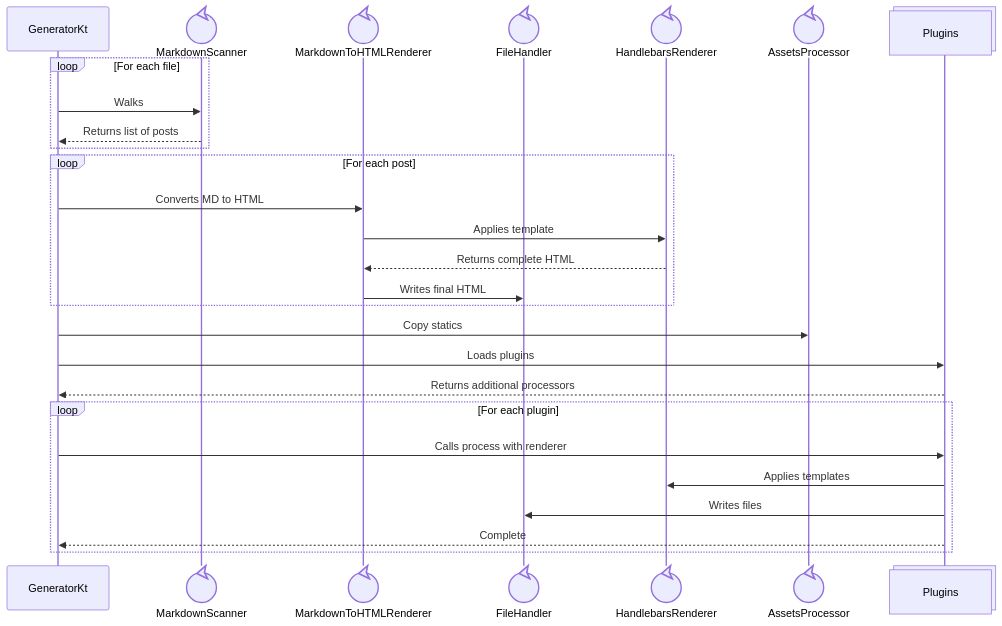
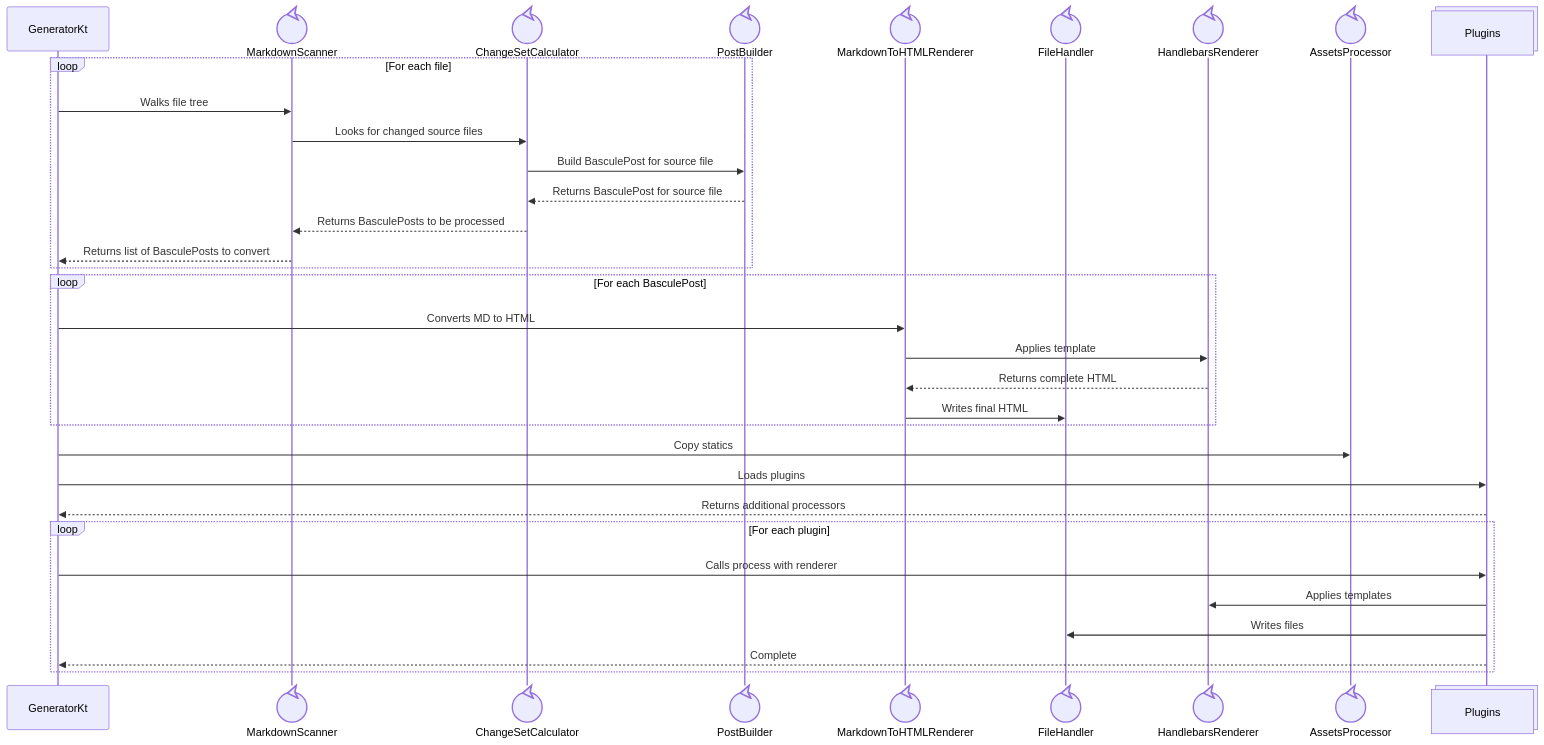
The diagram in GeneratorSequence.mmd (v79/bascule-static), drawn with Mermaid before and after one commit. The commit also changed 6 other files, not shown here.

Commit message:
Unconditionally write the raw Markdown file to the output directory, without the YAML and prepending the title. This needs to be gated with a flag. Add sequence diagram.

```diff
--- a/GeneratorSequence.mmd
+++ b/GeneratorSequence.mmd
@@ -1,27 +1,33 @@
 sequenceDiagram
     participant GeneratorKt
     participant MarkdownScanner@{ "type": "control" }
+    participant ChangeSetCalculator@{ "type": "control"}
+    participant PostBuilder@{ "type": "control" }
     participant MarkdownToHTMLRenderer@{ "type": "control" }
     participant FileHandler@{ "type": "control" }
     participant HandlebarsRenderer@{ "type": "control" }
     participant AssetsProcessor@{ "type": "control" }
     participant Plugins@{"type": "collections"}
     Loop For each file
-        GeneratorKt->>MarkdownScanner: Walks
-        MarkdownScanner-->>GeneratorKt: Returns list of posts
+        GeneratorKt->>MarkdownScanner: Walks file tree
+        MarkdownScanner->>ChangeSetCalculator: Looks for changed source files
+        ChangeSetCalculator->>PostBuilder: Build BasculePost for source file
+        PostBuilder-->>ChangeSetCalculator: Returns BasculePost for source file
+        ChangeSetCalculator-->>MarkdownScanner: Returns BasculePosts to be processed
+        MarkdownScanner-->>GeneratorKt: Returns list of BasculePosts to convert
     end
-    Loop For each post
+    Loop For each BasculePost
         GeneratorKt->>MarkdownToHTMLRenderer: Converts MD to HTML
         MarkdownToHTMLRenderer->>HandlebarsRenderer: Applies template
         HandlebarsRenderer-->>MarkdownToHTMLRenderer: Returns complete HTML
         MarkdownToHTMLRenderer->>FileHandler: Writes final HTML
     end
     GeneratorKt->>AssetsProcessor: Copy statics
     GeneratorKt->>Plugins: Loads plugins
     Plugins-->>GeneratorKt: Returns additional processors
     Loop For each plugin
         GeneratorKt->>Plugins: Calls process with renderer
         Plugins->>HandlebarsRenderer: Applies templates
         Plugins->>FileHandler: Writes files
         Plugins-->>GeneratorKt: Complete
     End
```
